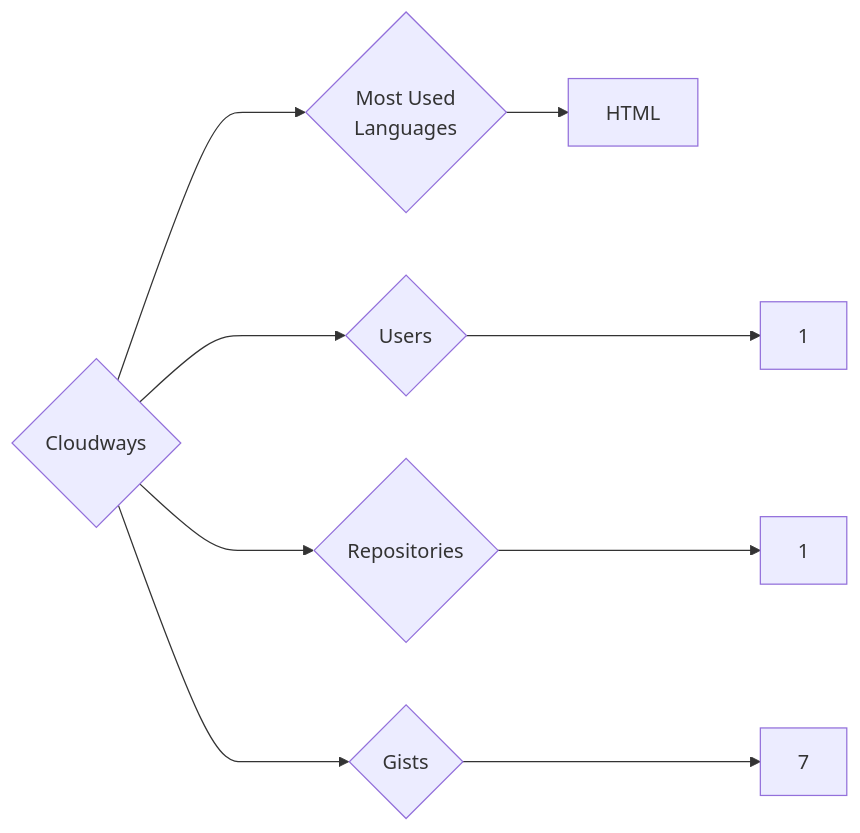
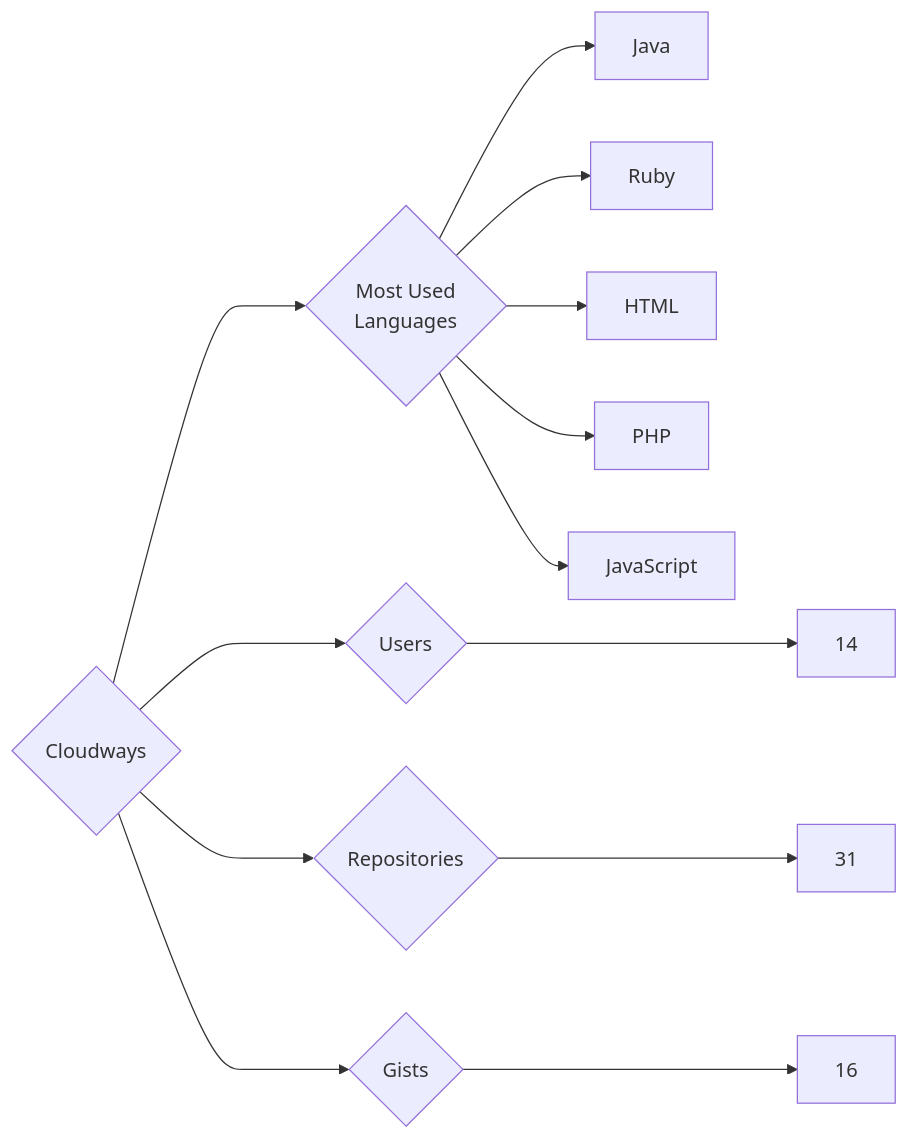
One commit to trickest/insiders changed the diagram in targets/Cloudways/README.md. Above: the diagram before and after it, drawn with Mermaid. The commit also changed 636 other files, not shown here.

````diff
--- a/targets/Cloudways/README.md
+++ b/targets/Cloudways/README.md
@@ -3,9 +3,13 @@
 ```mermaid
 graph LR
 COMPANY_NAME{Cloudways}
-COMPANY_NAME ---> U{Users} ---> UN[1]
-COMPANY_NAME ---> R{Repositories} ---> RN[1]
-COMPANY_NAME ---> G{Gists} ---> GN[7]
+COMPANY_NAME ---> U{Users} ---> UN[14]
+COMPANY_NAME ---> R{Repositories} ---> RN[31]
+COMPANY_NAME ---> G{Gists} ---> GN[16]
 COMPANY_NAME ---> ML{Most Used<br>Languages}
+ML --> Java[Java]
+ML --> Ruby[Ruby]
 ML --> HTML[HTML]
+ML --> PHP[PHP]
+ML --> JavaScript[JavaScript]
 ```
````
